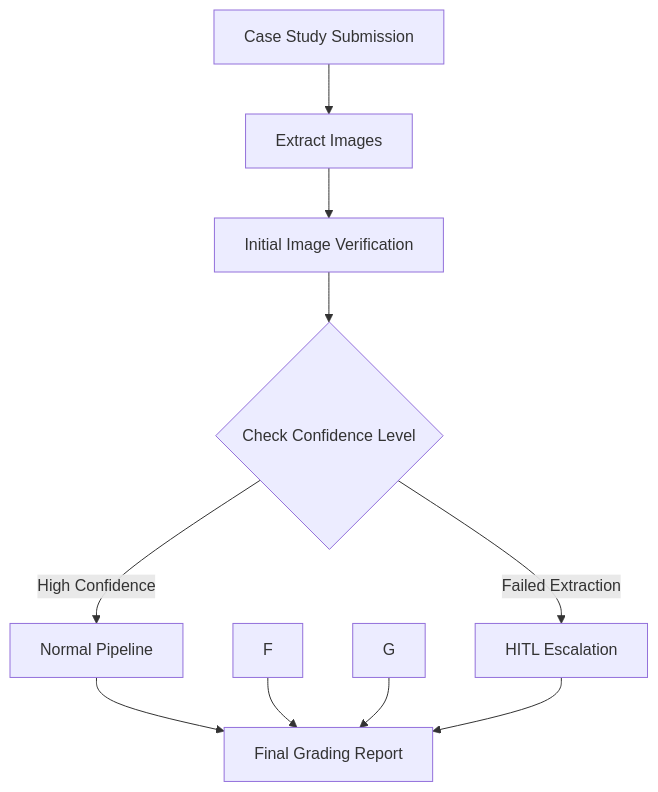
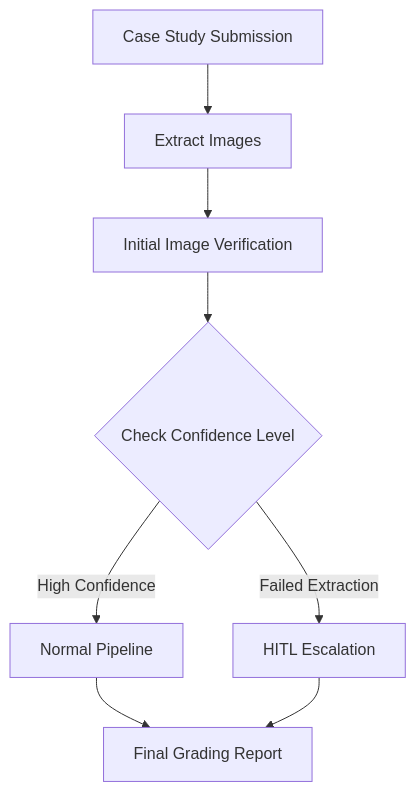
The second of 5 diagrams in design/LLM-designs/LLM-design-grading-case-study/design-grading-case-study-level1.md (saugatach/LLM-grader), drawn with Mermaid before and after one commit.

````diff
--- a/design/LLM-designs/LLM-design-grading-case-study/design-grading-case-study-level1.md
+++ b/design/LLM-designs/LLM-design-grading-case-study/design-grading-case-study-level1.md
@@ -92,14 +92,12 @@
 ```mermaid
 flowchart TD
     A[Case Study Submission] --> B[Extract Images]
     B --> C[Initial Image Verification]
     C --> D{Check Confidence Level}
     
     D -->|High Confidence| E[Normal Pipeline]
     D -->|Failed Extraction| H[HITL Escalation]
     
     E --> I[Final Grading Report]
-    F --> I
-    G --> I
     H --> I
 ```
````
